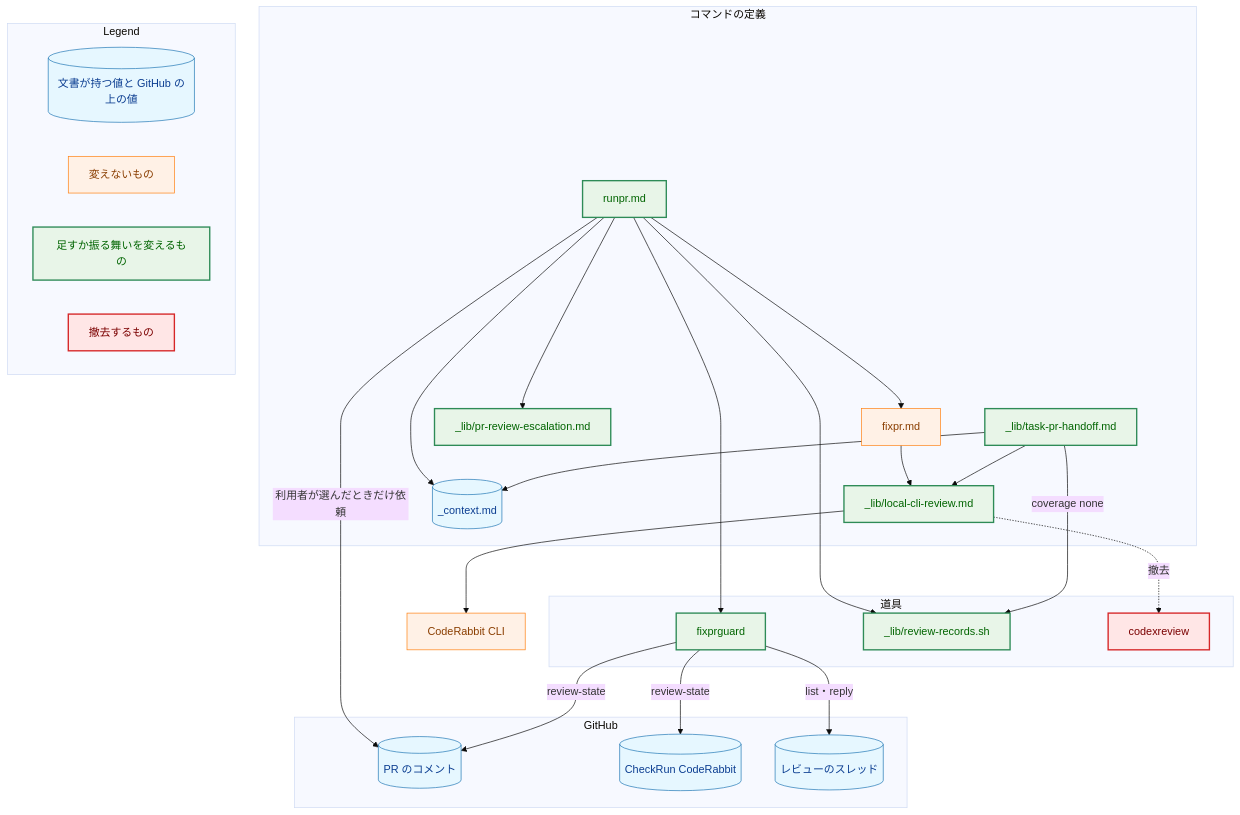
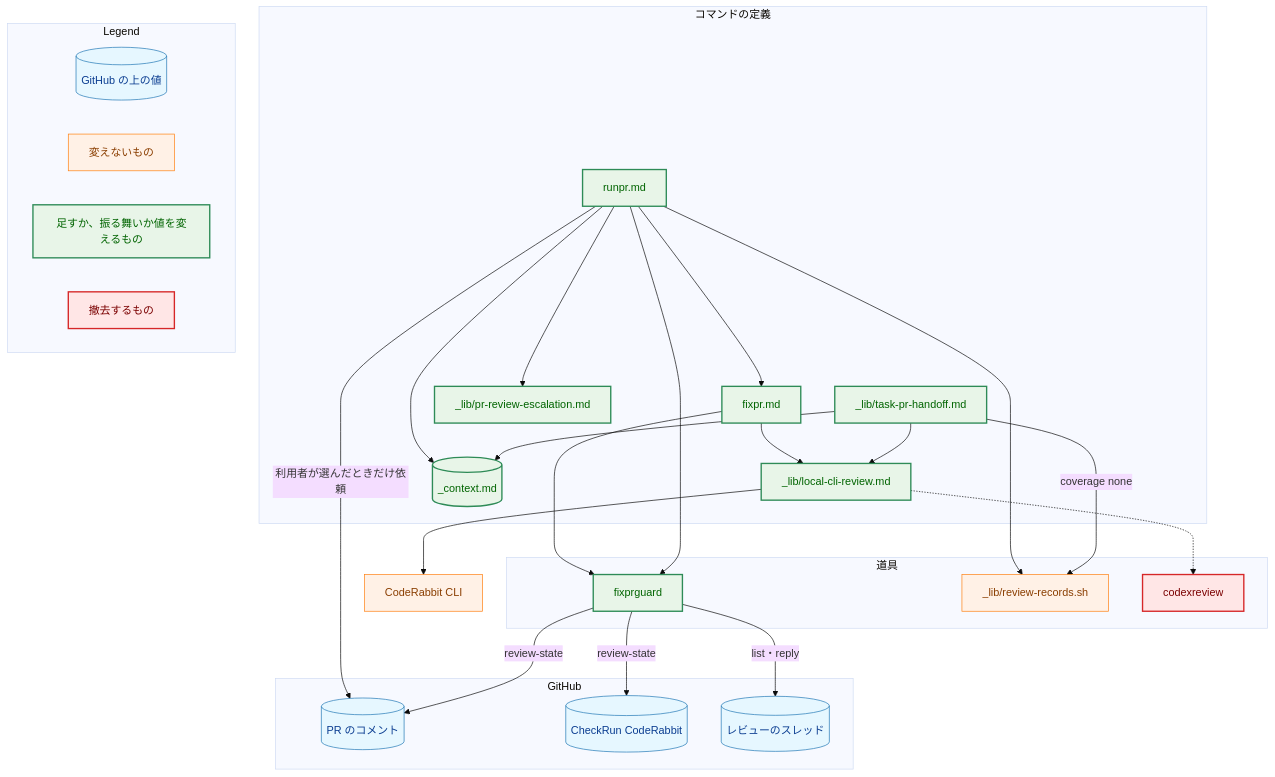
Before and after one commit to isseis/yt2column: the second of 6 diagrams in docs/tasks/0118_codex_removal/02_architecture.md, drawn with Mermaid (base theme). The commit also changed other lines of this file and 3 other files, not shown here.

First line of the commit message:
docs(0118): apply the review fixes to the architecture

````diff
--- a/docs/tasks/0118_codex_removal/02_architecture.md
+++ b/docs/tasks/0118_codex_removal/02_architecture.md
@@ -96,62 +125,63 @@
 ```mermaid
 flowchart TB
     classDef data fill:#e6f7ff,stroke:#1f77b4,stroke-width:1px,color:#0b3d91;
     classDef process fill:#fff1e6,stroke:#ff7f0e,stroke-width:1px,color:#8a3e00;
     classDef enhanced fill:#e8f5e8,stroke:#2e8b57,stroke-width:2px,color:#006400;
     classDef problem fill:#ffe6e6,stroke:#d62728,stroke-width:2px,color:#7b0000;
 
     subgraph Commands["コマンドの定義"]
         HANDOFF["_lib/task-pr-handoff.md"]
         RUNPR["runpr.md"]
         FIXPR["fixpr.md"]
         LCR["_lib/local-cli-review.md"]
         ESC["_lib/pr-review-escalation.md"]
         CTX[("_context.md")]
     end
 
     subgraph Tools["道具"]
         FPG["fixprguard"]
         RR["_lib/review-records.sh"]
         CODEXREVIEW["codexreview"]
     end
 
     subgraph GitHub["GitHub"]
         COMMENTS[("PR のコメント")]
         CHECKRUNS[("CheckRun CodeRabbit")]
         THREADS[("レビューのスレッド")]
     end
 
     CLI["CodeRabbit CLI"]
 
     HANDOFF --> LCR
     HANDOFF -->|"coverage none"| RR
     RUNPR --> FPG
     RUNPR --> RR
     RUNPR --> ESC
     RUNPR --> FIXPR
     FIXPR --> LCR
+    FIXPR --> FPG
     LCR --> CLI
-    LCR -.->|"撤去"| CODEXREVIEW
+    LCR -.-> CODEXREVIEW
     HANDOFF --> CTX
     RUNPR --> CTX
     FPG -->|"review-state"| COMMENTS
     FPG -->|"review-state"| CHECKRUNS
     FPG -->|"list・reply"| THREADS
     RUNPR -->|"利用者が選んだときだけ依頼"| COMMENTS
 
-    class CTX,COMMENTS,CHECKRUNS,THREADS data
-    class FIXPR,CLI process
-    class HANDOFF,RUNPR,LCR,ESC,FPG,RR enhanced
+    class COMMENTS,CHECKRUNS,THREADS data
+    class RR,CLI process
+    class HANDOFF,RUNPR,FIXPR,LCR,ESC,FPG,CTX enhanced
     class CODEXREVIEW problem
 
     subgraph Legend["Legend"]
-        L1[("文書が持つ値と GitHub の上の値")]
+        L1[("GitHub の上の値")]
         L2["変えないもの"]
-        L3["足すか振る舞いを変えるもの"]
+        L3["足すか、振る舞いか値を変えるもの"]
         L4["撤去するもの"]
     end
     class L1 data
     class L2 process
     class L3 enhanced
     class L4 problem
 ```
````
